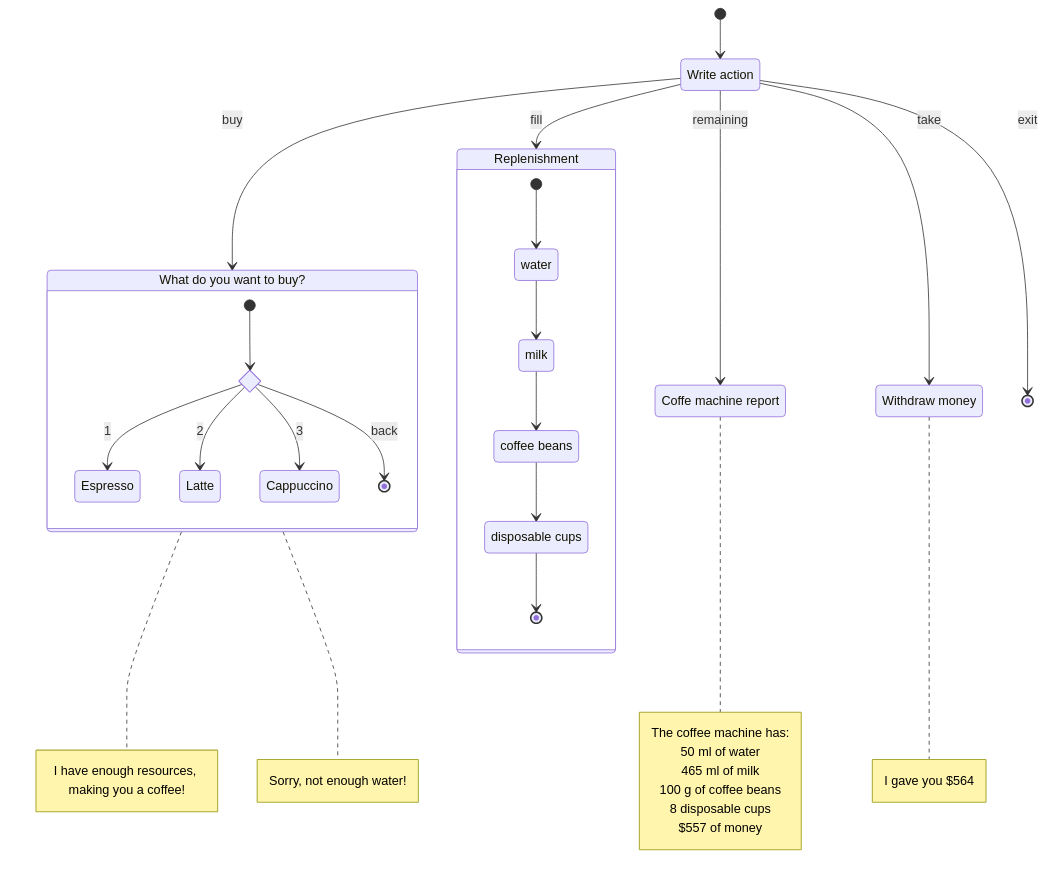
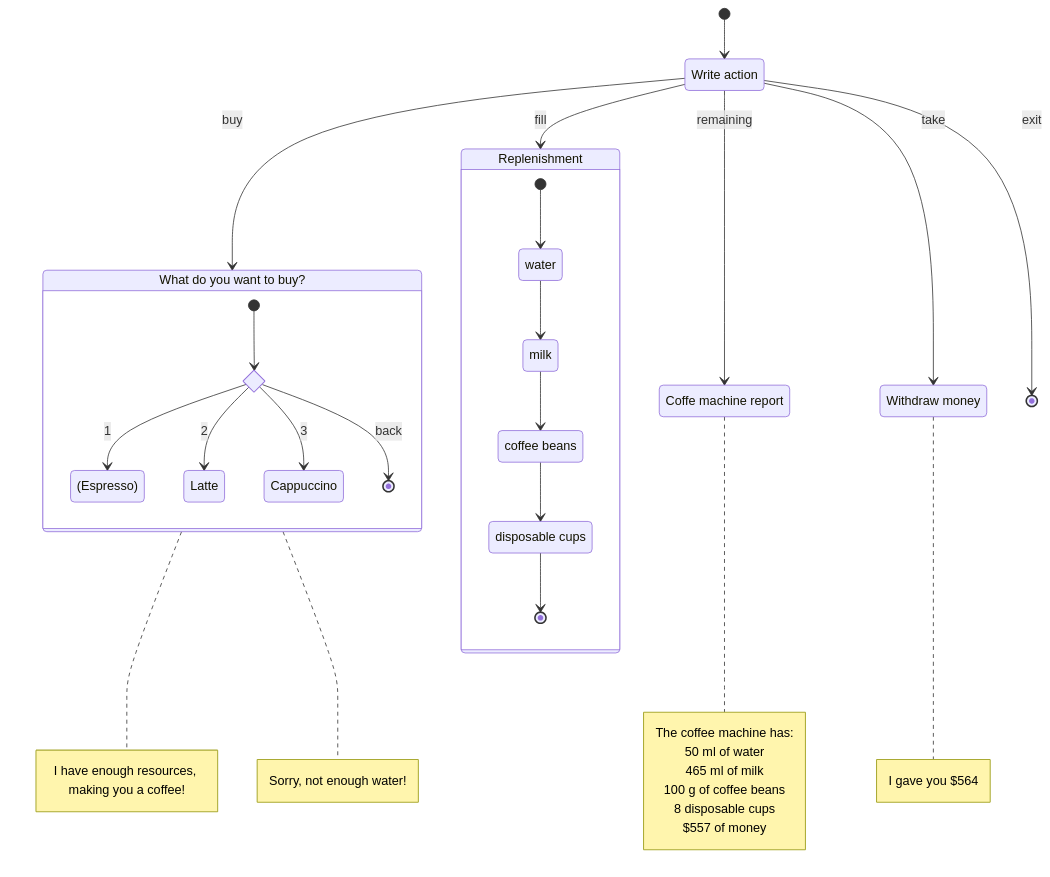
One commit to rabestro/coffee-machine changed the diagram in README.md. Above: the diagram before and after it, drawn with Mermaid.

````diff
--- a/README.md
+++ b/README.md
@@ -7,51 +7,51 @@
 ```mermaid
 stateDiagram-v2
     Menu: Write action
 
     Buy: What do you want to buy?
     state Buy {
         state coffee <<choice>> 
-            coffee --> Espresso: 1
+            coffee --> (Espresso): 1
             coffee --> Latte : 2
             coffee --> Cappuccino: 3
             coffee --> [*]: back
         [*] --> coffee
     }
     note right of Buy
         I have enough resources, making you a coffee!
     end note
     note right of Buy
         Sorry, not enough water!
     end note
     
     Fill: Replenishment
     state Fill {
         beans: coffee beans
         cups: disposable cups
         [*] --> water
         water --> milk
         milk --> beans
         beans --> cups
         cups --> [*]
     }
 
     Remaining: Coffe machine report
     note right of Remaining
         The coffee machine has:
         50 ml of water
         465 ml of milk
         100 g of coffee beans
         8 disposable cups
         $557 of money
     end note
 
     Take: Withdraw money
     note right of Take: I gave you $564
 
     [*] --> Menu
     Menu --> Buy : buy
     Menu --> Fill: fill
     Menu --> Remaining: remaining 
     Menu --> Take: take
     Menu --> [*] : exit
 ```
````
